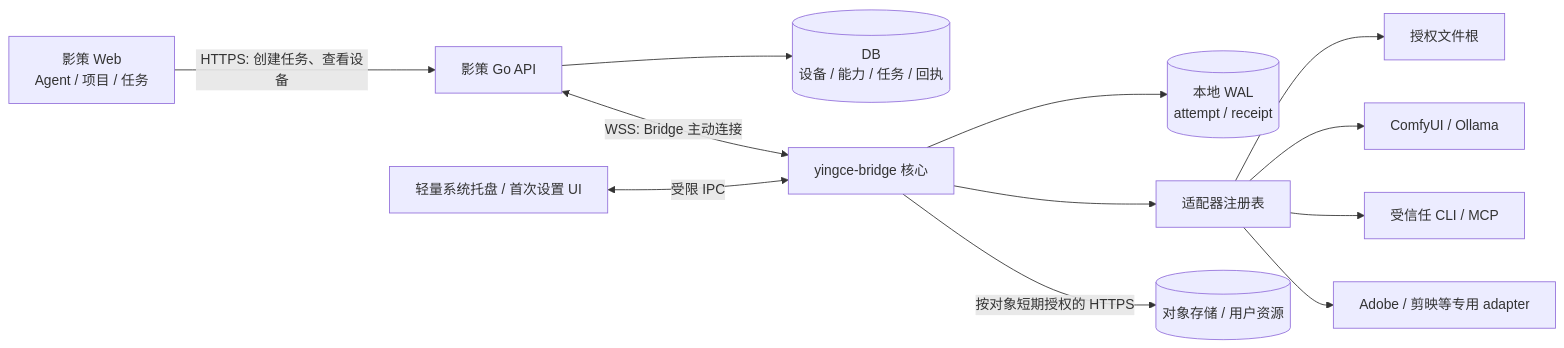
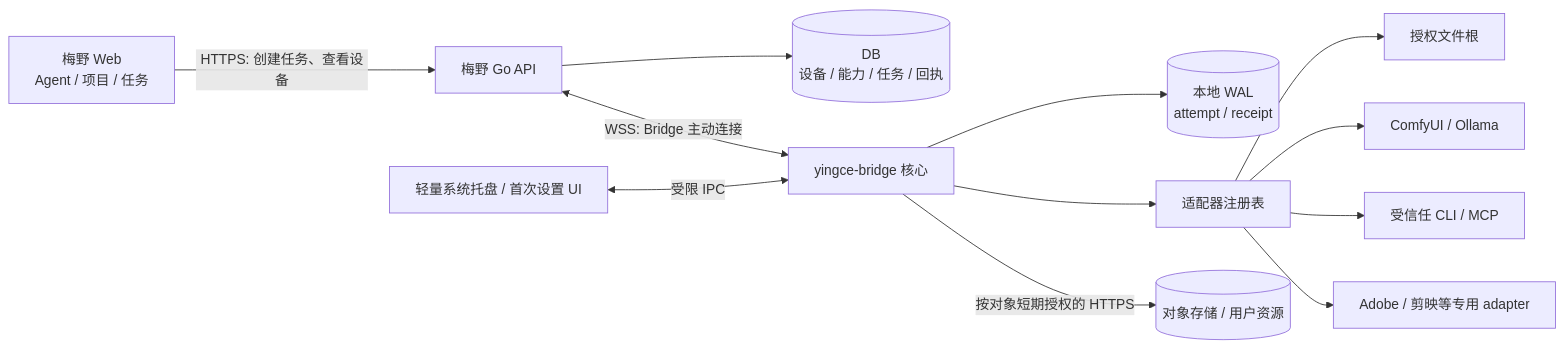
Before and after one commit to WMRBYY/MeiYe-commerce-short-drama-Agent: the diagram in docs/design/yingce-bridge-architecture.md, drawn with Mermaid. The commit also changed other lines of this file and 150 other files, not shown here.

````diff
--- a/docs/design/yingce-bridge-architecture.md
+++ b/docs/design/yingce-bridge-architecture.md
@@ -64,14 +64,14 @@
 ```mermaid
 flowchart LR
-  U[影策 Web<br/>Agent / 项目 / 任务] -->|HTTPS: 创建任务、查看设备| API[影策 Go API]
+  U[梅野 Web<br/>Agent / 项目 / 任务] -->|HTTPS: 创建任务、查看设备| API[梅野 Go API]
   API --> DB[(DB<br/>设备 / 能力 / 任务 / 回执)]
   API <-->|WSS: Bridge 主动连接| B[yingce-bridge 核心]
   B --> J[(本地 WAL<br/>attempt / receipt)]
   B --> C[适配器注册表]
   C --> F[授权文件根]
   C --> M[ComfyUI / Ollama]
   C --> X[受信任 CLI / MCP]
   C --> A[Adobe / 剪映等专用 adapter]
   B -->|按对象短期授权的 HTTPS| OBJ[(对象存储 / 用户资源)]
   S[轻量系统托盘 / 首次设置 UI] <-->|受限 IPC| B
 ```
````
